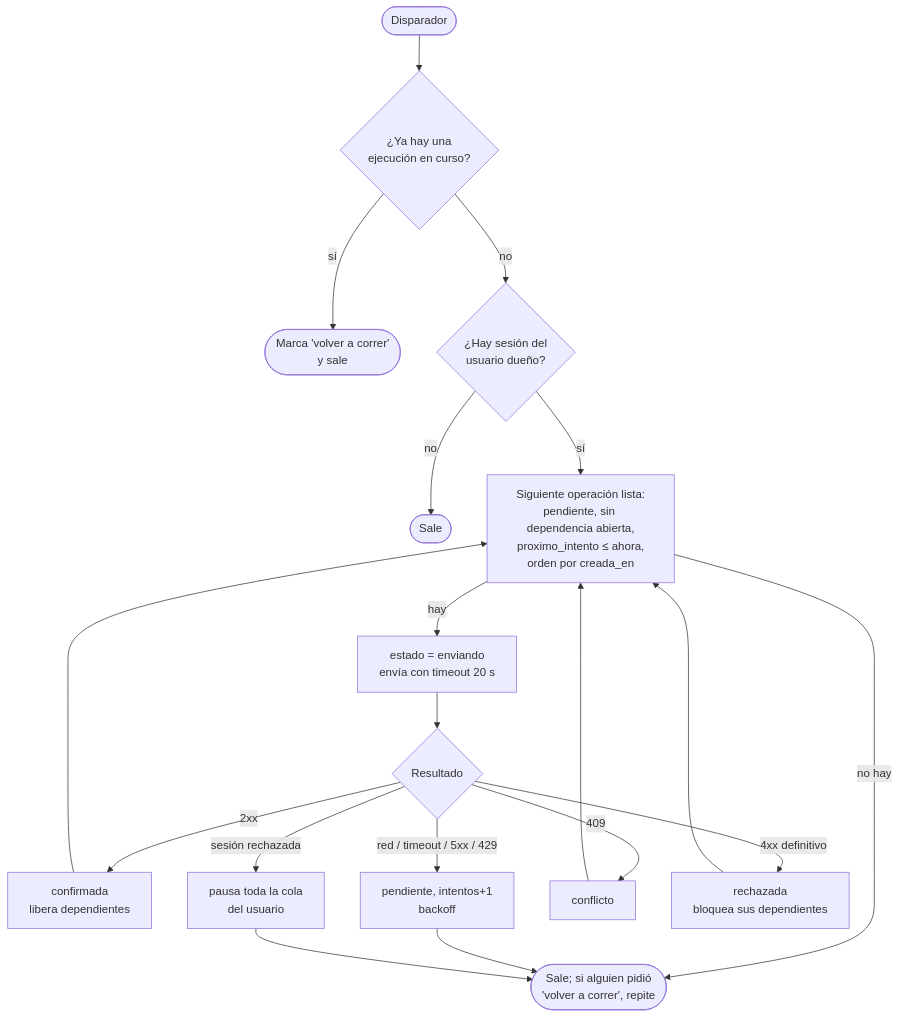
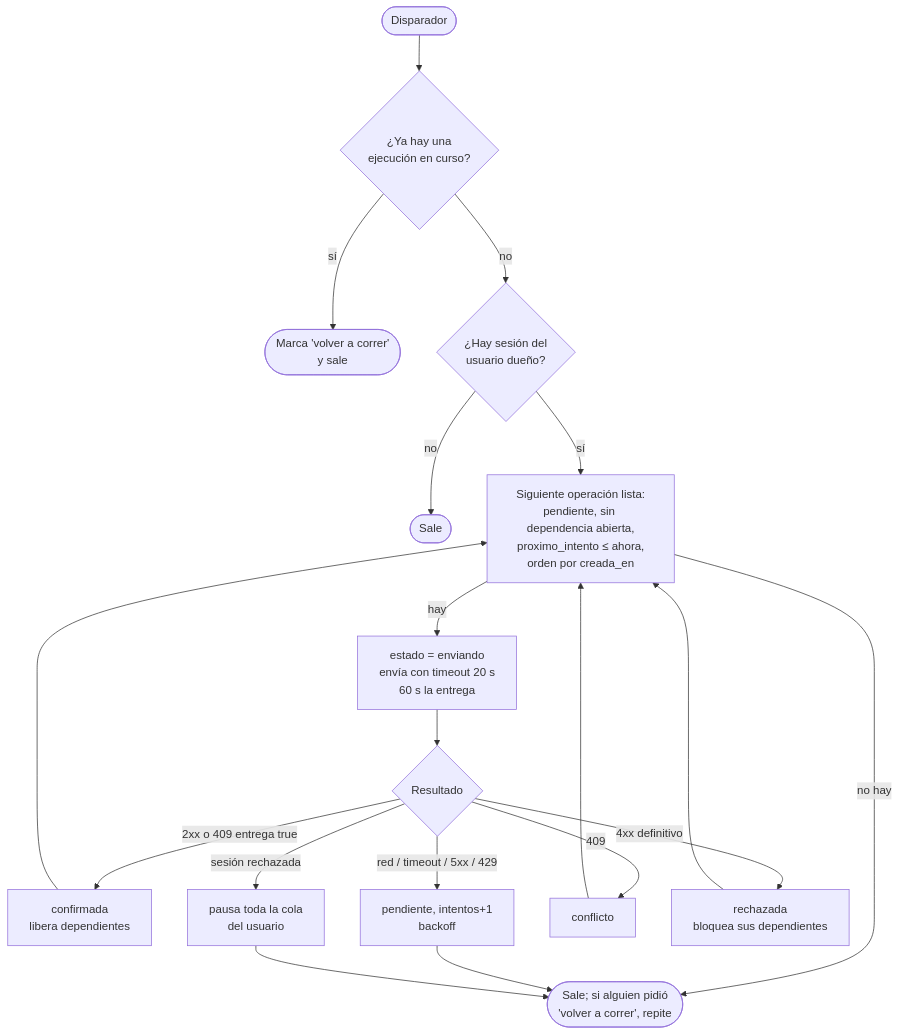
Before and after one commit to tamerlantian/cilog-2: the sixth of 9 diagrams in docs/offline.md, drawn with Mermaid. The commit also changed other lines of this file and 22 other files, not shown here.

First line of the commit message:
feat(despachos): enviar la entrega a Fluor con fotos y firma

````diff
--- a/docs/offline.md
+++ b/docs/offline.md
@@ -209,16 +213,16 @@
 ```mermaid
 flowchart TD
     D([Disparador]) --> L{¿Ya hay una<br/>ejecución en curso?}
     L -- sí --> X([Marca 'volver a correr'<br/>y sale])
     L -- no --> S{¿Hay sesión del<br/>usuario dueño?}
     S -- no --> Z([Sale])
     S -- sí --> N[Siguiente operación lista:<br/>pendiente, sin dependencia abierta,<br/>proximo_intento ≤ ahora,<br/>orden por creada_en]
     N -- no hay --> Fin([Sale; si alguien pidió<br/>'volver a correr', repite])
-    N -- hay --> E[estado = enviando<br/>envía con timeout 20 s]
+    N -- hay --> E[estado = enviando<br/>envía con timeout 20 s<br/>60 s la entrega]
     E --> R{Resultado}
-    R -- 2xx --> OK[confirmada<br/>libera dependientes] --> N
+    R -- 2xx o 409 entrega true --> OK[confirmada<br/>libera dependientes] --> N
     R -- red / timeout / 5xx / 429 --> T[pendiente, intentos+1<br/>backoff] --> Fin
     R -- sesión rechazada --> PA[pausa toda la cola<br/>del usuario] --> Fin
     R -- 409 --> CF[conflicto] --> N
     R -- 4xx definitivo --> RJ[rechazada<br/>bloquea sus dependientes] --> N
 ```
````
